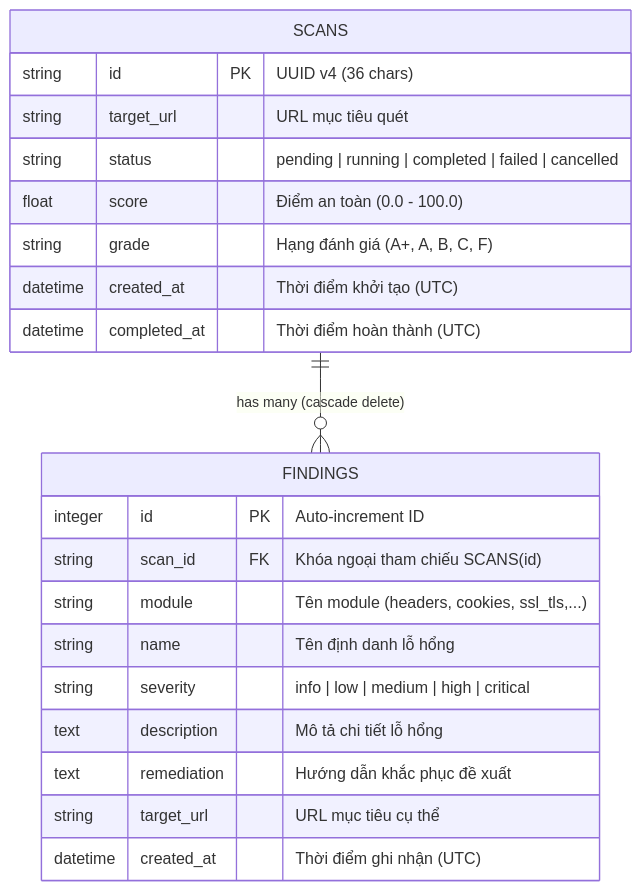
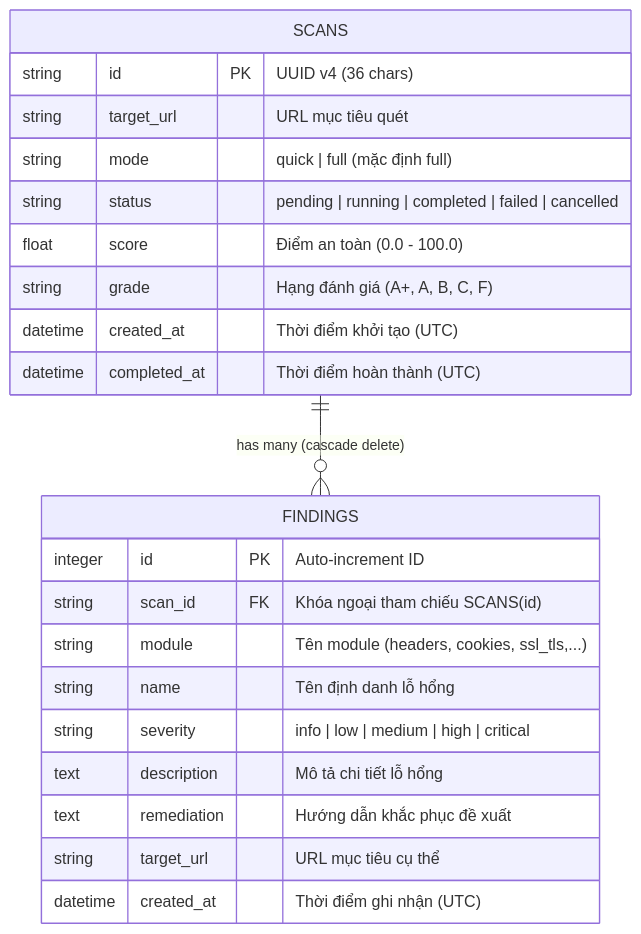
Before and after one commit to mainhuthuy/WebGuard: the second of 3 diagrams in docs/ARCHITECTURE.md, drawn with Mermaid. The commit also changed other lines of this file and 2 other files, not shown here.

First line of the commit message:
docs: update changelog, architecture and API reference for sprint 3

````diff
--- a/docs/ARCHITECTURE.md
+++ b/docs/ARCHITECTURE.md
@@ -75,26 +75,27 @@
 ```mermaid
 erDiagram
     SCANS ||--o{ FINDINGS : "has many (cascade delete)"
     
     SCANS {
         string id PK "UUID v4 (36 chars)"
         string target_url "URL mục tiêu quét"
+        string mode "quick | full (mặc định full)"
         string status "pending | running | completed | failed | cancelled"
         float score "Điểm an toàn (0.0 - 100.0)"
         string grade "Hạng đánh giá (A+, A, B, C, F)"
         datetime created_at "Thời điểm khởi tạo (UTC)"
         datetime completed_at "Thời điểm hoàn thành (UTC)"
     }
 
     FINDINGS {
         integer id PK "Auto-increment ID"
         string scan_id FK "Khóa ngoại tham chiếu SCANS(id)"
         string module "Tên module (headers, cookies, ssl_tls,...)"
         string name "Tên định danh lỗ hổng"
         string severity "info | low | medium | high | critical"
         text description "Mô tả chi tiết lỗ hổng"
         text remediation "Hướng dẫn khắc phục đề xuất"
         string target_url "URL mục tiêu cụ thể"
         datetime created_at "Thời điểm ghi nhận (UTC)"
     }
 ```
````
